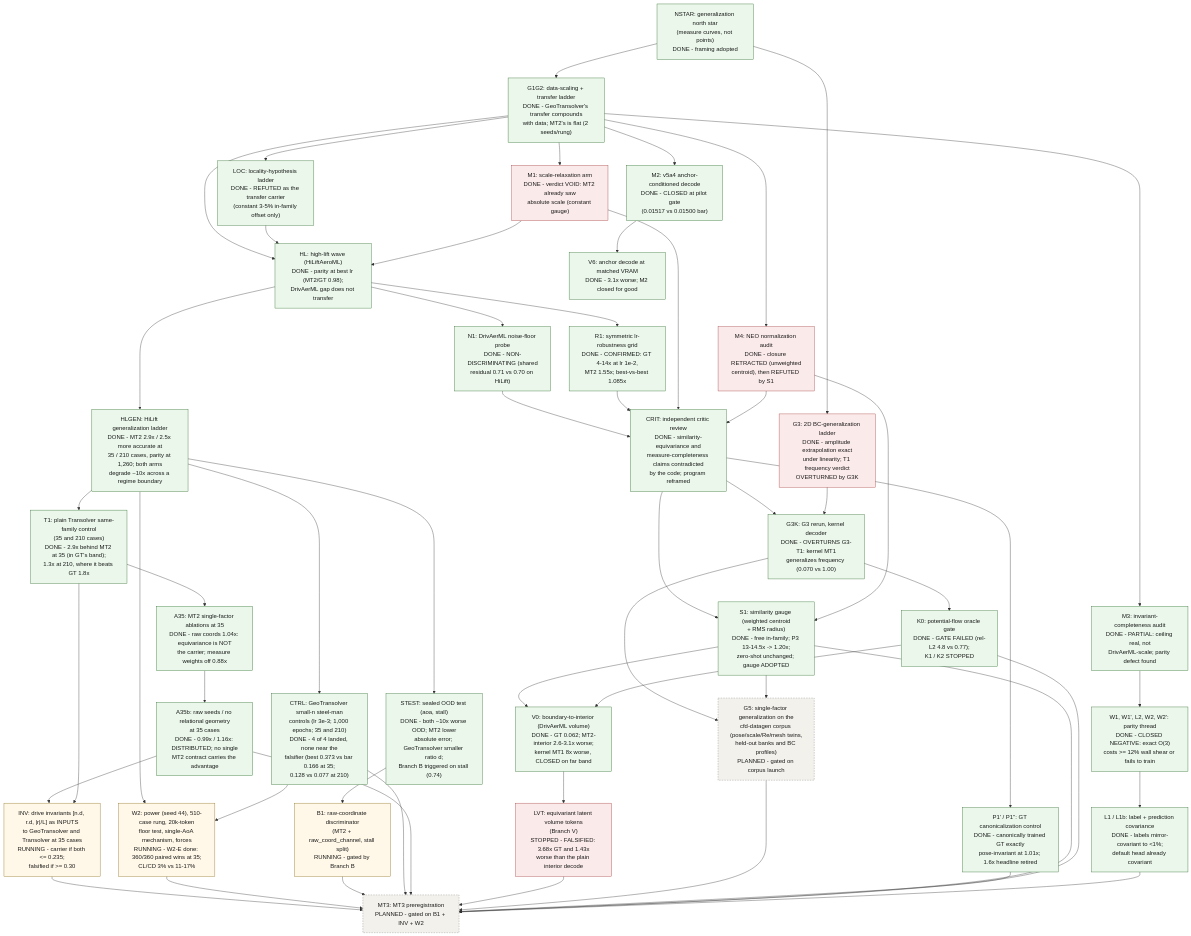
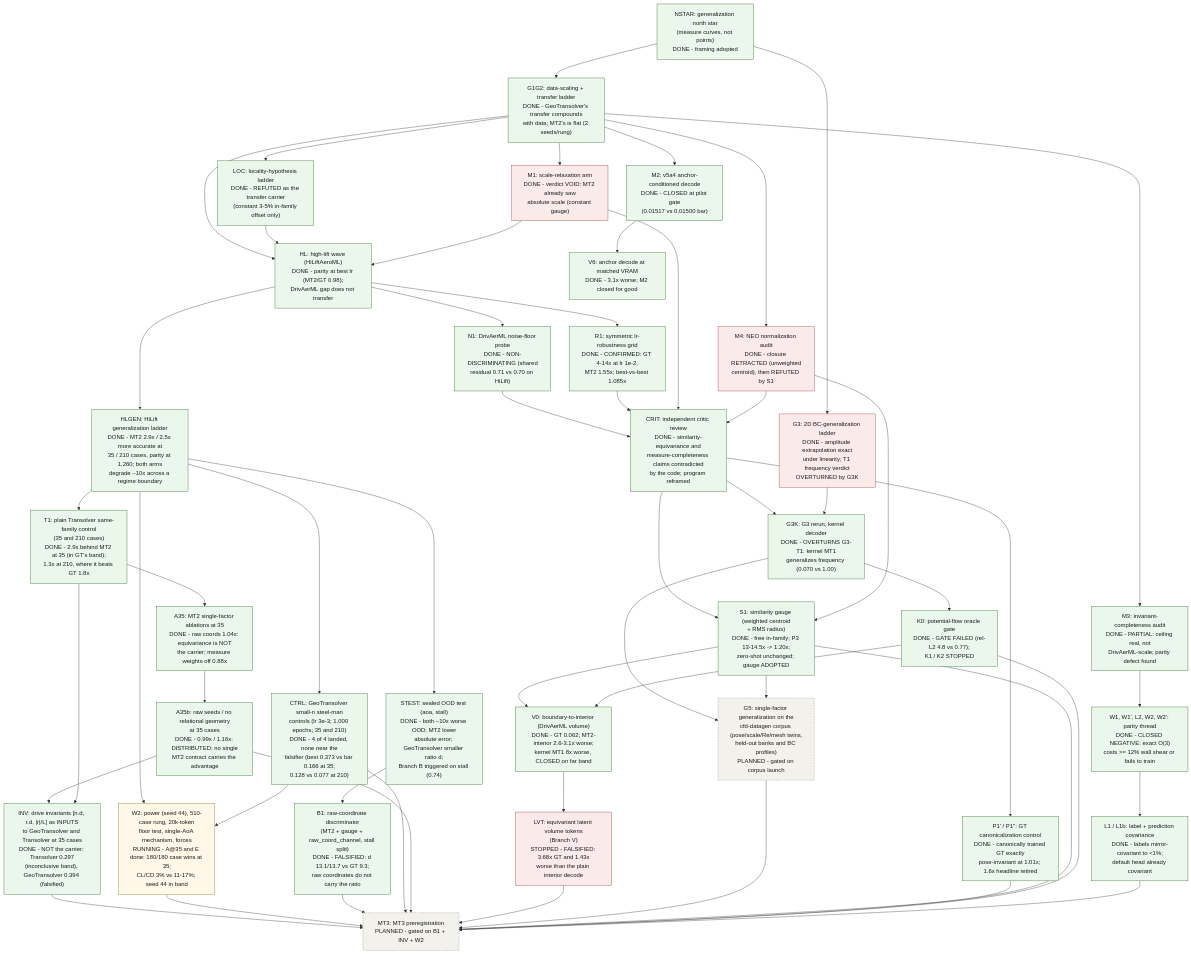
Before and after one commit to peterdsharpe/modulus: the diagram in examples/cfd/mesh_transformer/book/13-program-status.qmd, drawn with Mermaid. The commit also changed other lines of this file and 36 other files, not shown here.

Commit message:
Book: reviewer fixes wave 1 (memory as trained vs rewrite, density configuration named, case-level paired stats, DrivAerML ladder table, transplant/B1/third-seed verdicts, ratio convention, checkpoint-selection statement); CLAIMS conventions

```diff
--- a/examples/cfd/mesh_transformer/book/13-program-status.qmd
+++ b/examples/cfd/mesh_transformer/book/13-program-status.qmd
@@ -65,12 +65,12 @@
     T1["T1: plain Transolver same-family control<br/>(35 and 210 cases)<br/>DONE - 2.9x behind MT2 at 35 (in GT's band);<br/>1.3x at 210, where it beats GT 1.8x"]:::done
     A35["A35: MT2 single-factor ablations at 35<br/>DONE - raw coords 1.04x: equivariance is NOT<br/>the carrier; measure weights off 0.88x"]:::done
     A35B["A35b: raw seeds / no relational geometry<br/>at 35 cases<br/>DONE - 0.99x / 1.16x: DISTRIBUTED; no single<br/>MT2 contract carries the advantage"]:::done
-    INV["INV: drive invariants [n.d, r.d, |r|/L] as INPUTS<br/>to GeoTransolver and Transolver at 35 cases<br/>RUNNING - carrier if both <= 0.235;<br/>falsified if >= 0.30"]:::running
-    W2["W2: power (seed 44), 510-case rung, 20k-token<br/>floor test, single-AoA mechanism, forces<br/>RUNNING - W2-E done: 360/360 paired wins at 35;<br/>CL/CD 3% vs 11-17%"]:::running
+    INV["INV: drive invariants [n.d, r.d, |r|/L] as INPUTS<br/>to GeoTransolver and Transolver at 35 cases<br/>DONE - NOT the carrier: Transolver 0.297<br/>(inconclusive band), GeoTransolver 0.394 (falsified)"]:::done
+    W2["W2: power (seed 44), 510-case rung, 20k-token<br/>floor test, single-AoA mechanism, forces<br/>RUNNING - A@35 and E done: 180/180 case wins at 35;<br/>CL/CD 3% vs 11-17%; seed 44 in band"]:::running
     V0["V0: boundary-to-interior (DrivAerML volume)<br/>DONE - GT 0.062; MT2-interior 2.6-3.1x worse;<br/>kernel MT1 8x worse, CLOSED on far band"]:::done
     LVT["LVT: equivariant latent volume tokens<br/>(Branch V)<br/>STOPPED - FALSIFIED: 3.68x GT and 1.43x<br/>worse than the plain interior decode"]:::retracted
     STEST["STEST: sealed OOD test (aoa, stall)<br/>DONE - both ~10x worse OOD; MT2 lower<br/>absolute error; GeoTransolver smaller ratio d;<br/>Branch B triggered on stall (0.74)"]:::done
-    B1["B1: raw-coordinate discriminator<br/>(MT2 + raw_coord_channel, stall split)<br/>RUNNING - gated by Branch B"]:::running
+    B1["B1: raw-coordinate discriminator<br/>(MT2 + gauge + raw_coord_channel, stall split)<br/>DONE - FALSIFIED: d 13.1/13.7 vs GT 9.3;<br/>raw coordinates do not carry the ratio"]:::done
     MT3["MT3: MT3 preregistration<br/>PLANNED - gated on B1 + INV + W2"]:::planned
     G5["G5: single-factor generalization on the<br/>cfd-datagen corpus (pose/scale/Re/mesh twins,<br/>held-out banks and BC profiles)<br/>PLANNED - gated on corpus launch"]:::planned
 
```
